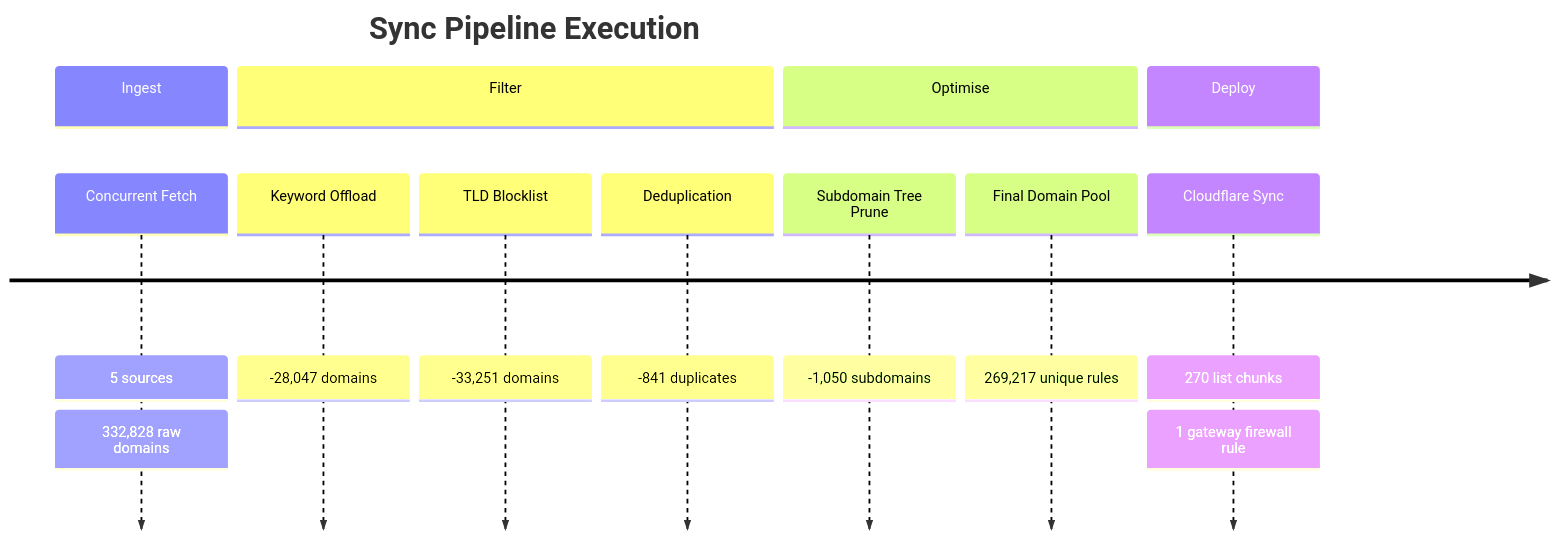
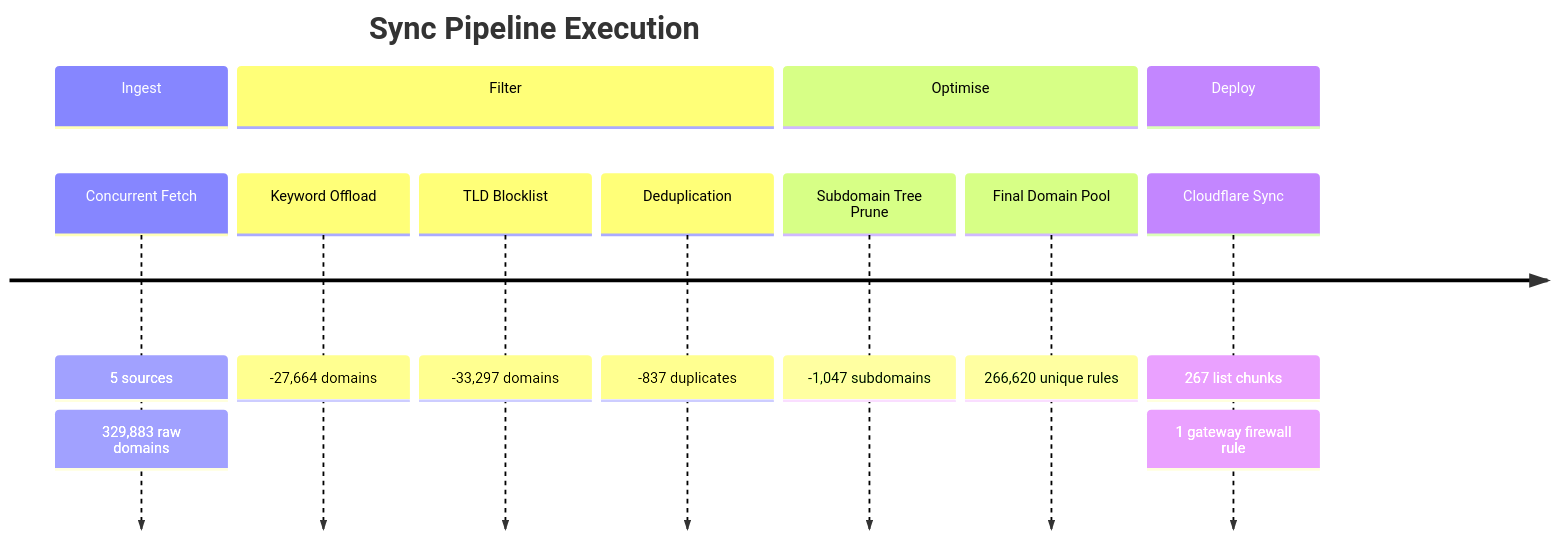
One commit to brojangles24/Cloudflare-ZeroTrust-AdBlock changed the second of 6 diagrams in README_STATS.md. Above: the diagram before and after it, drawn with Mermaid. The commit also changed other lines of this file and 1 other file, not shown here.

````diff
--- a/README_STATS.md
+++ b/README_STATS.md
@@ -54,17 +54,17 @@
 ```mermaid
 timeline
     title Sync Pipeline Execution
     section Ingest
         Concurrent Fetch   : 5 sources
-                           : 332,828 raw domains
+                           : 329,883 raw domains
     section Filter
-        Keyword Offload    : -28,047 domains
-        TLD Blocklist      : -33,251 domains
-        Deduplication      : -841 duplicates
+        Keyword Offload    : -27,664 domains
+        TLD Blocklist      : -33,297 domains
+        Deduplication      : -837 duplicates
     section Optimise
-        Subdomain Tree Prune : -1,050 subdomains
-        Final Domain Pool    : 269,217 unique rules
+        Subdomain Tree Prune : -1,047 subdomains
+        Final Domain Pool    : 266,620 unique rules
     section Deploy
-        Cloudflare Sync    : 270 list chunks
+        Cloudflare Sync    : 267 list chunks
                            : 1 gateway firewall rule
 ```
````
